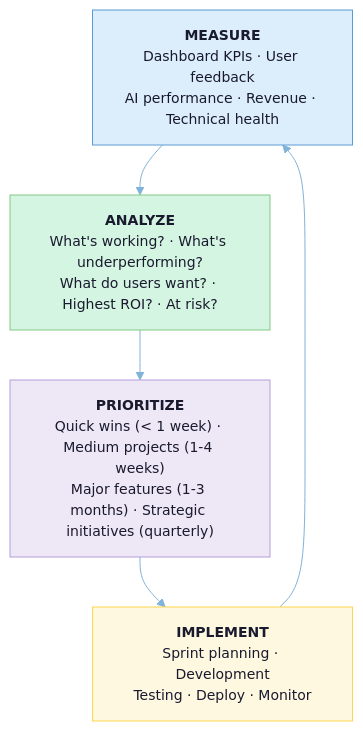
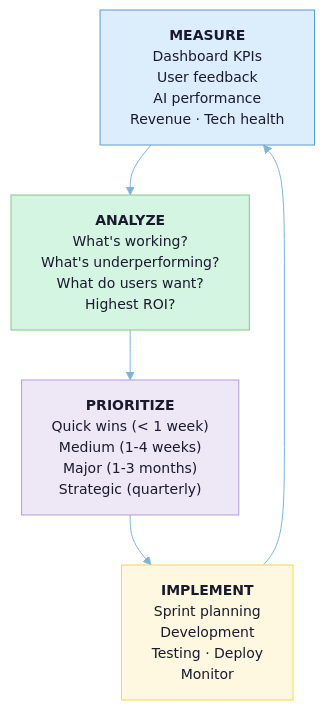
One commit to Light-Brands/qie changed diagram 30 of 30 in legal-vault/proposals/cho-ventures-master-project-plan-2026-02-25.md. Above: the diagram before and after it, drawn with Mermaid. The commit also changed other lines of this file, not shown here.

First line of the commit message:
Fix Mermaid diagram text overflow: break long node labels into shorter lines

````diff
--- a/legal-vault/proposals/cho-ventures-master-project-plan-2026-02-25.md
+++ b/legal-vault/proposals/cho-ventures-master-project-plan-2026-02-25.md
@@ -3139,15 +3139,15 @@
 ```mermaid
 %%{init: {'theme': 'base', 'themeVariables': {'primaryColor': '#DCEEFB', 'primaryTextColor': '#1a1a2e', 'lineColor': '#7FB3D8', 'fontSize': '14px'}}}%%
 flowchart TB
     classDef blue fill:#DCEEFB,stroke:#5B9BD5,color:#1a1a2e
     classDef green fill:#D5F5E3,stroke:#82C785,color:#1a1a2e
     classDef lavender fill:#EDE7F6,stroke:#B39DDB,color:#1a1a2e
     classDef gold fill:#FFF8E1,stroke:#FFD54F,color:#1a1a2e
 
-    M["<b>MEASURE</b><br/>Dashboard KPIs · User feedback<br/>AI performance · Revenue · Technical health"]:::blue
-    A["<b>ANALYZE</b><br/>What's working? · What's underperforming?<br/>What do users want? · Highest ROI? · At risk?"]:::green
-    P["<b>PRIORITIZE</b><br/>Quick wins (&lt; 1 week) · Medium projects (1-4 weeks)<br/>Major features (1-3 months) · Strategic initiatives (quarterly)"]:::lavender
-    I["<b>IMPLEMENT</b><br/>Sprint planning · Development<br/>Testing · Deploy · Monitor"]:::gold
+    M["<b>MEASURE</b><br/>Dashboard KPIs<br/>User feedback<br/>AI performance<br/>Revenue · Tech health"]:::blue
+    A["<b>ANALYZE</b><br/>What's working?<br/>What's underperforming?<br/>What do users want?<br/>Highest ROI?"]:::green
+    P["<b>PRIORITIZE</b><br/>Quick wins (&lt; 1 week)<br/>Medium (1-4 weeks)<br/>Major (1-3 months)<br/>Strategic (quarterly)"]:::lavender
+    I["<b>IMPLEMENT</b><br/>Sprint planning<br/>Development<br/>Testing · Deploy<br/>Monitor"]:::gold
 
     M --> A --> P --> I --> M
 ```
````
